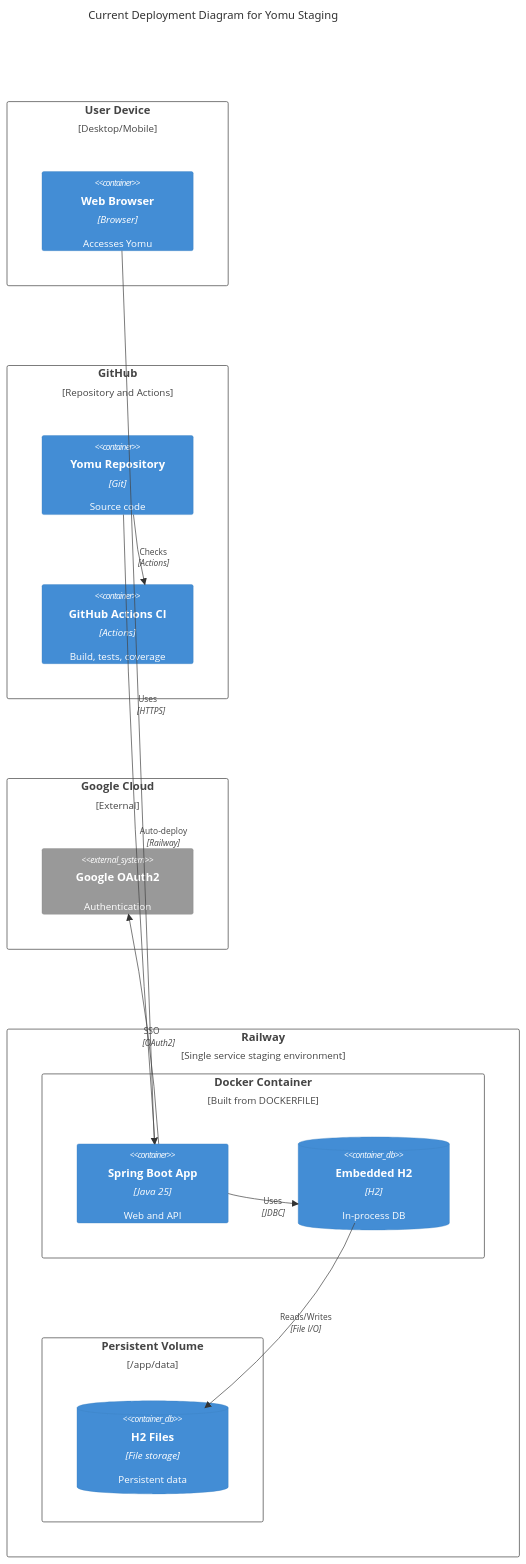
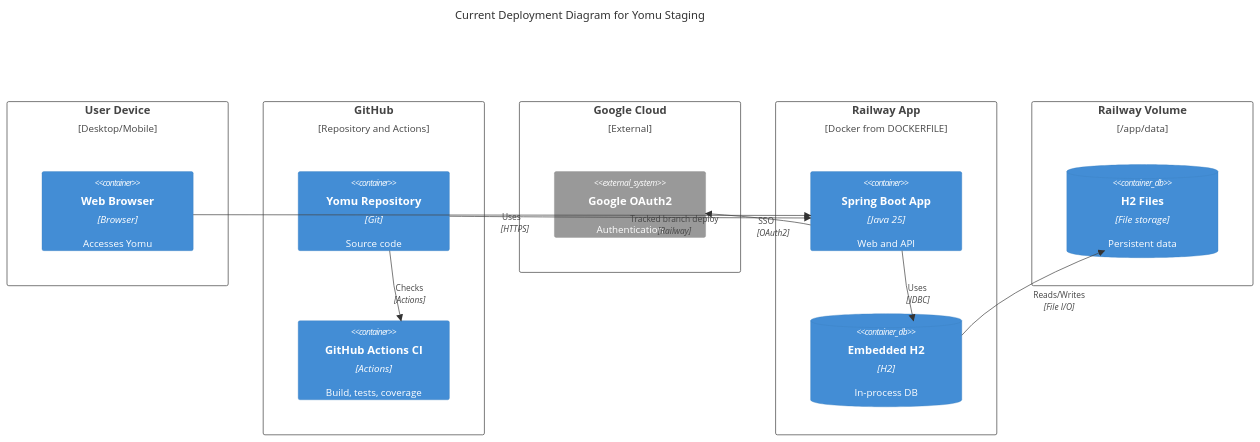
Before and after one commit to adpro-2026-B19-project/yomu: the ninth of 14 diagrams in README.md, drawn with Mermaid. The commit also changed other lines of this file, not shown here.

````diff
--- a/README.md
+++ b/README.md
@@ -237,36 +350,35 @@
 ```mermaid
 C4Deployment
 title Current Deployment Diagram for Yomu Staging
 
 Deployment_Node(user_device, "User Device", "Desktop/Mobile") {
     Container(browser, "Web Browser", "Browser", "Accesses Yomu")
 }
 
 Deployment_Node(github, "GitHub", "Repository and Actions") {
     Container(repo, "Yomu Repository", "Git", "Source code")
     Container(ci, "GitHub Actions CI", "Actions", "Build, tests, coverage")
 }
 
 Deployment_Node(google, "Google Cloud", "External") {
     System_Ext(google_oauth, "Google OAuth2", "Authentication")
 }
 
-Deployment_Node(railway, "Railway", "Single service staging environment") {
-    Deployment_Node(app_container, "Docker Container", "Built from DOCKERFILE") {
-        Container(web_app, "Spring Boot App", "Java 25", "Web and API")
-        ContainerDb(h2_engine, "Embedded H2", "H2", "In-process DB")
-    }
-    Deployment_Node(volume, "Persistent Volume", "/app/data") {
-        ContainerDb(h2_files, "H2 Files", "File storage", "Persistent data")
-    }
+Deployment_Node(app_container, "Railway App", "Docker from DOCKERFILE") {
+    Container(web_app, "Spring Boot App", "Java 25", "Web and API")
+    ContainerDb(h2_engine, "Embedded H2", "H2", "In-process DB")
+}
+
+Deployment_Node(volume, "Railway Volume", "/app/data") {
+    ContainerDb(h2_files, "H2 Files", "File storage", "Persistent data")
 }
 
 Rel(browser, web_app, "Uses", "HTTPS")
 Rel(repo, ci, "Checks", "Actions")
-Rel(repo, web_app, "Auto-deploy", "Railway")
+Rel(repo, web_app, "Tracked branch deploy", "Railway")
 Rel(web_app, google_oauth, "SSO", "OAuth2")
 Rel(web_app, h2_engine, "Uses", "JDBC")
 Rel(h2_engine, h2_files, "Reads/Writes", "File I/O")
 
-UpdateLayoutConfig($c4ShapeInRow="2", $c4BoundaryInRow="1")
+UpdateLayoutConfig($c4ShapeInRow="3", $c4BoundaryInRow="5")
 ```
````
